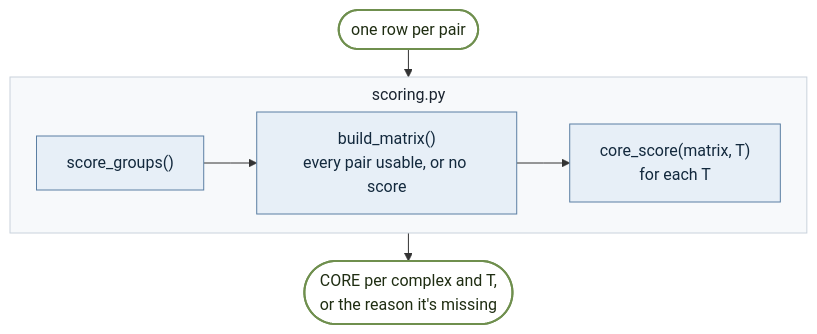
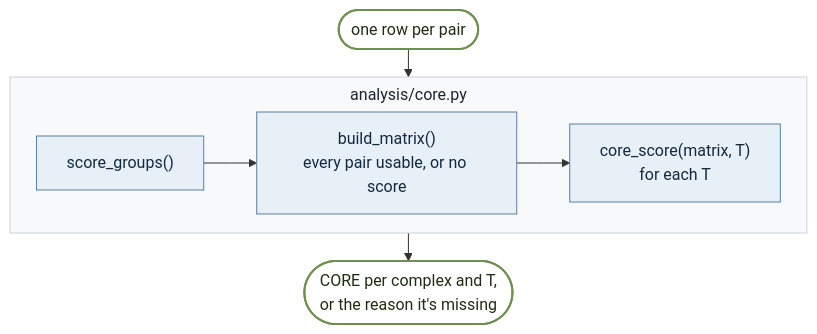
Before and after one commit to James-Broster/core-score: the seventh of 9 diagrams in docs/code-map.md, drawn with Mermaid. The commit also changed other lines of this file and 47 other files, not shown here.

````diff
--- a/docs/code-map.md
+++ b/docs/code-map.md
@@ -324,19 +327,19 @@
 ```mermaid
 %%{init: {"flowchart": {"curve": "linear", "nodeSpacing": 18, "rankSpacing": 28, "subGraphTitleMargin": {"top": 6, "bottom": 10}}}}%%
 flowchart TB
     classDef fn fill:#e7eff7,stroke:#5b7fa3,color:#13293d
     classDef data fill:#ffffff,stroke:#6f8f4e,color:#1f2d12,stroke-width:2px
     classDef stage fill:#f7f9fb,stroke:#c9d2dc,color:#1b2430
 
     start(["one row per pair"]):::data
 
-    subgraph K1["scoring.py"]
+    subgraph K1["analysis/core.py"]
         direction LR
         a1["score_groups()"]:::fn --> a2["build_matrix()<br/>every pair usable, or no score"]:::fn --> a3["core_score(matrix, T)<br/>for each T"]:::fn
     end
     d1(["CORE per complex and T,<br/>or the reason it's missing"]):::data
 
     start --> K1 --> d1
 
     class K1 stage
 ```
````
